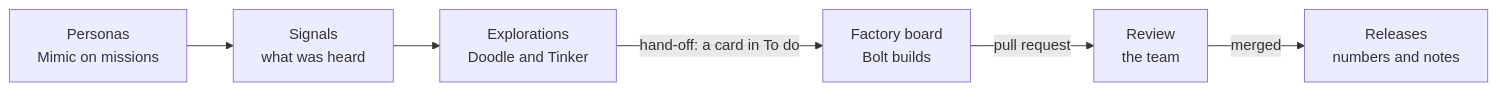
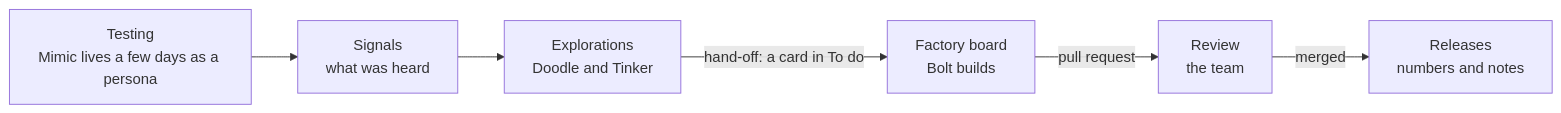
One commit to danielplan/software-factory-core changed the diagram in docs/explanation/what-kobble-is.md. Above: the diagram before and after it, drawn with Mermaid. The commit also changed other lines of this file and 107 other files, not shown here.

````diff
--- a/docs/explanation/what-kobble-is.md
+++ b/docs/explanation/what-kobble-is.md
@@ -18,8 +18,8 @@
 ```mermaid
 flowchart LR
   S[Signals<br/>what was heard] --> E[Explorations<br/>Doodle and Tinker]
   E -->|hand-off: a card in To do| F[Factory board<br/>Bolt builds]
   F -->|pull request| R[Review<br/>the team]
   R -->|merged| L[Releases<br/>numbers and notes]
-  P[Personas<br/>Mimic on missions] --> S
+  P[Testing<br/>Mimic lives a few days as a persona] --> S
 ```
````
